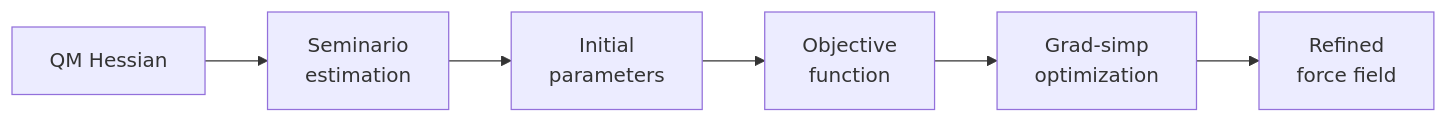
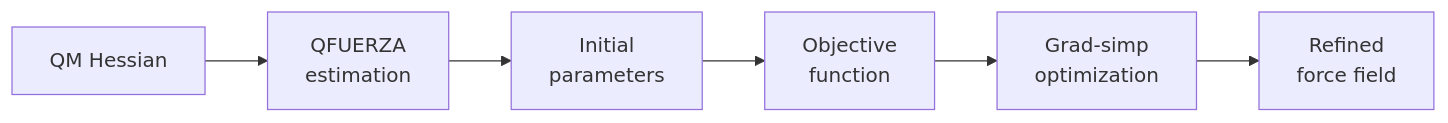
Before and after one commit to ericchansen/q2mm: the first of 3 diagrams in docs/how-it-works/theory.md, drawn with Mermaid. The commit also changed other lines of this file and 11 other files, not shown here.

First line of the commit message:
feat(seminario): default to QFUERZA strategy

````diff
--- a/docs/how-it-works/theory.md
+++ b/docs/how-it-works/theory.md
@@ -15,8 +15,8 @@
 ```mermaid
 flowchart LR
-    A["QM Hessian"] --> B["Seminario\nestimation"]
+    A["QM Hessian"] --> B["QFUERZA\nestimation"]
     B --> C["Initial\nparameters"]
     C --> D["Objective\nfunction"]
     D --> E["Grad-simp\noptimization"]
     E --> F["Refined\nforce field"]
 ```
````
